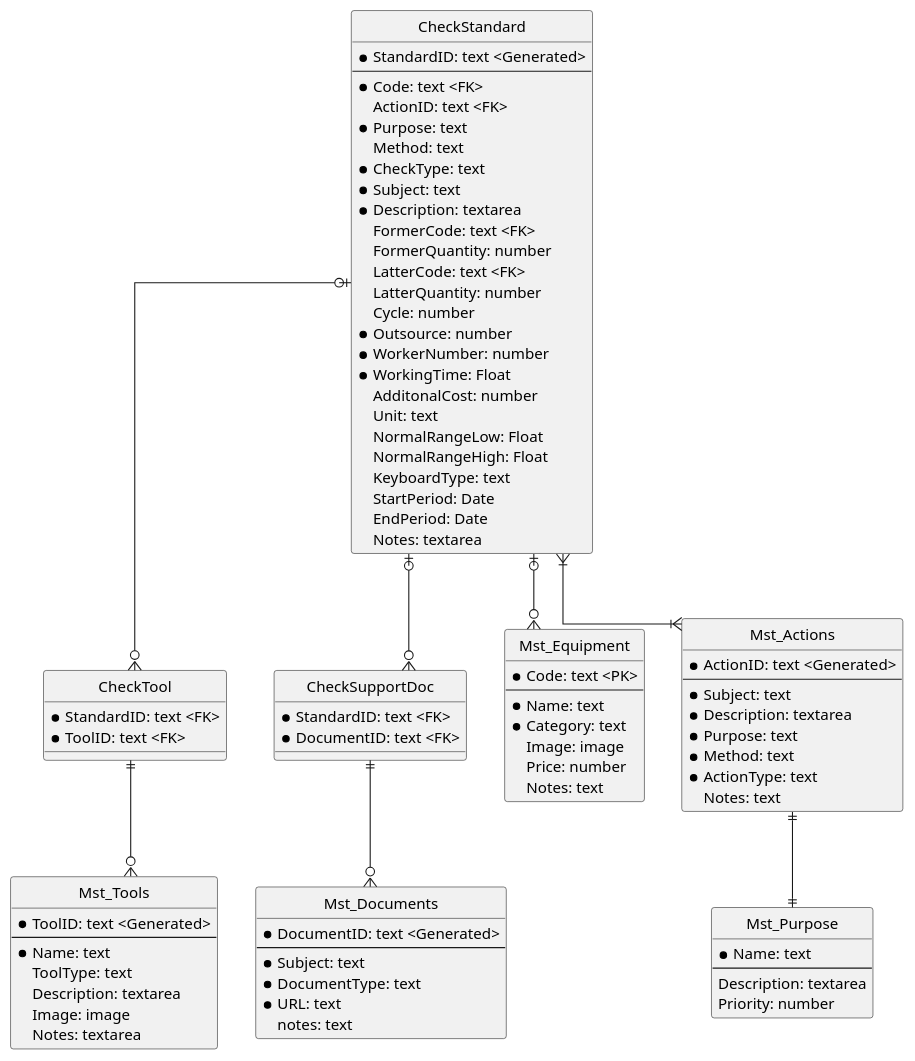
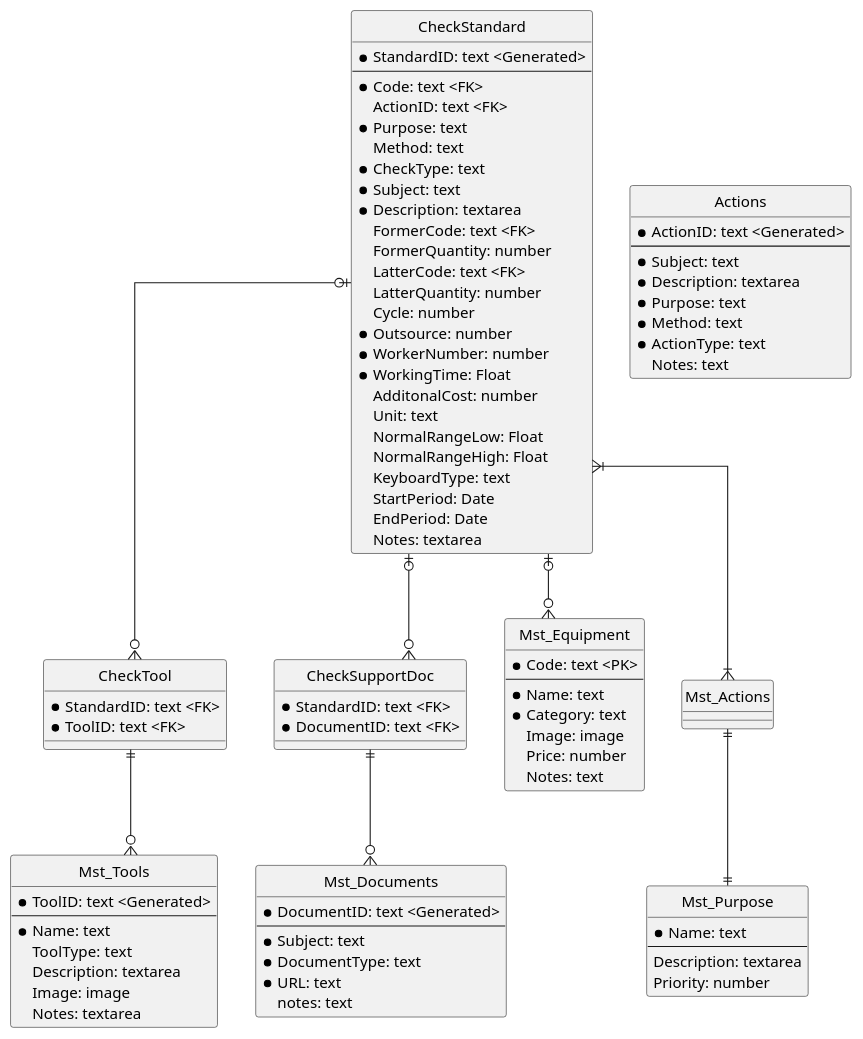
One commit to himiz6912/mms changed the diagram in er_check_standard.pu. Above: the diagram before and after it, drawn with PlantUML. The commit also changed 4 other files, not shown here.

```diff
--- a/er_check_standard.pu
+++ b/er_check_standard.pu
@@ -1,97 +1,97 @@
 @startuml
 hide circle
 skinparam linetype ortho
 
 entity CheckStandard {
     * StandardID: text <Generated>
     --
     * Code: text <FK>
     ActionID: text <FK>
     * Purpose: text
     Method: text
     * CheckType: text
     * Subject: text
     * Description: textarea
     FormerCode: text <FK>
     FormerQuantity: number
     LatterCode: text <FK>
     LatterQuantity: number
     Cycle: number
     * Outsource: number
     * WorkerNumber: number
     * WorkingTime: Float
     AdditonalCost: number
     Unit: text
     NormalRangeLow: Float
     NormalRangeHigh: Float
     KeyboardType: text
     StartPeriod: Date
     EndPeriod: Date
     Notes: textarea
 }
 ' Method: Cleaning/ Visual check/ Listening check/ Touching check/ Measurement/ Recording/ Replacement
 ' Type: Check/ Measure/ Picture/ Upload/ Replacement
 entity CheckTool {
     * StandardID: text <FK>
     * ToolID: text <FK>
 }
 entity CheckSupportDoc {
     * StandardID: text <FK>
     * DocumentID: text <FK>
 }
 entity Mst_Equipment {
     * Code: text <PK>
     --
     * Name: text
     * Category: text
     Image: image
     Price: number
     Notes: text
 }
 ' Category: Camera/ Recorder/ Periferals/ Panel/ Display/ Sensor/ Mount/ Output/ Communicator/ Power supply/ Battery
-entity Mst_Actions{
+entity Actions{
     * ActionID: text <Generated>
     --
     * Subject: text
     * Description: textarea
     * Purpose: text
     * Method: text
     * ActionType: text
     Notes: text
 }
 ' ActionType: Equipment/ Contract/ Operation/ Environment/ Others
 entity Mst_Tools {
     * ToolID: text <Generated>
     --
     * Name: text
     ToolType: text
     Description: textarea
     Image: image
     Notes: textarea
 }
 ' ToolType: Indivisual tool/ Shared tool/ Purchaising/ Rental
 entity Mst_Documents {
     * DocumentID: text <Generated>
     --
     * Subject: text
     * DocumentType: text
     * URL: text
     notes: text
 }
 ' DocumentType: Manual/ Instructions/ Checklist/ Contract/ Appearance/ Drawing
 entity Mst_Purpose {
     * Name: text
     --
     Description: textarea
     Priority: number
 }
 ' Purpose: Cleaning/ Function check/ Performance test/ Safety check/ Environment check/ Prevention measures/ Repair
 ' add Campaign and special check
 CheckStandard |o--o{ Mst_Equipment
 CheckStandard |o--o{ CheckTool
 CheckStandard |o--o{ CheckSupportDoc
 CheckTool ||--o{ Mst_Tools
 CheckSupportDoc ||--o{ Mst_Documents
 CheckStandard }|--|{ Mst_Actions
 Mst_Actions ||--|| Mst_Purpose
 @enduml
```
